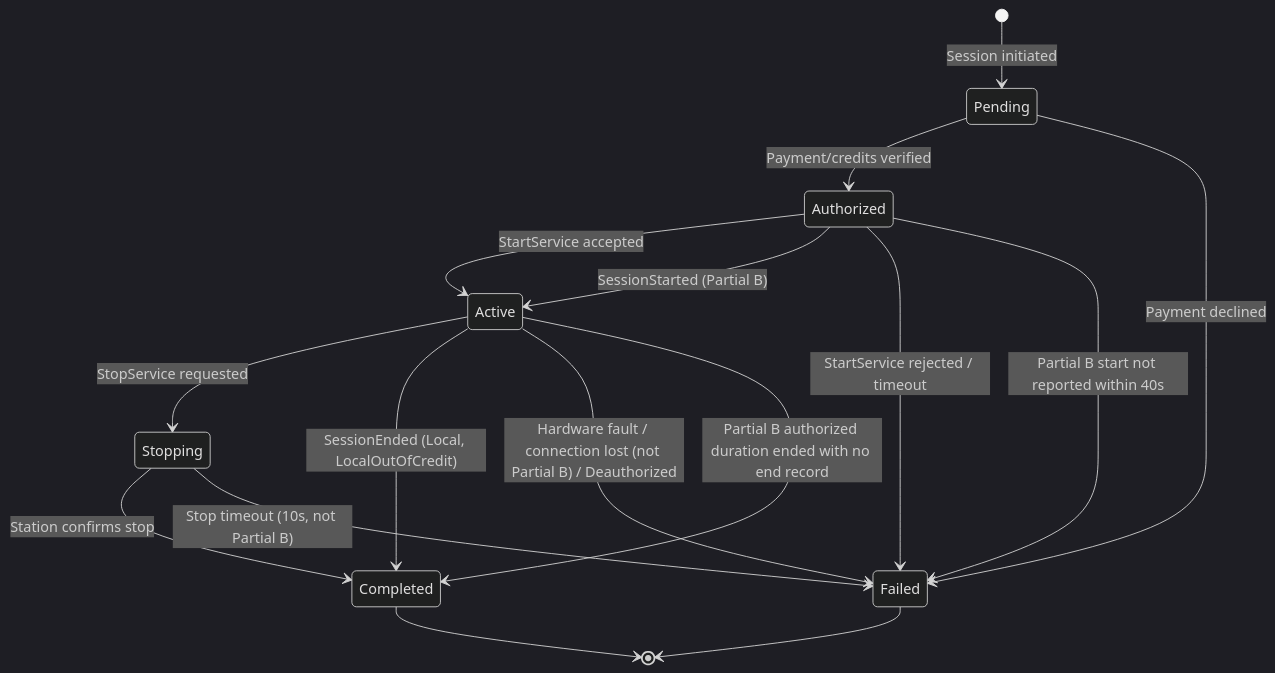
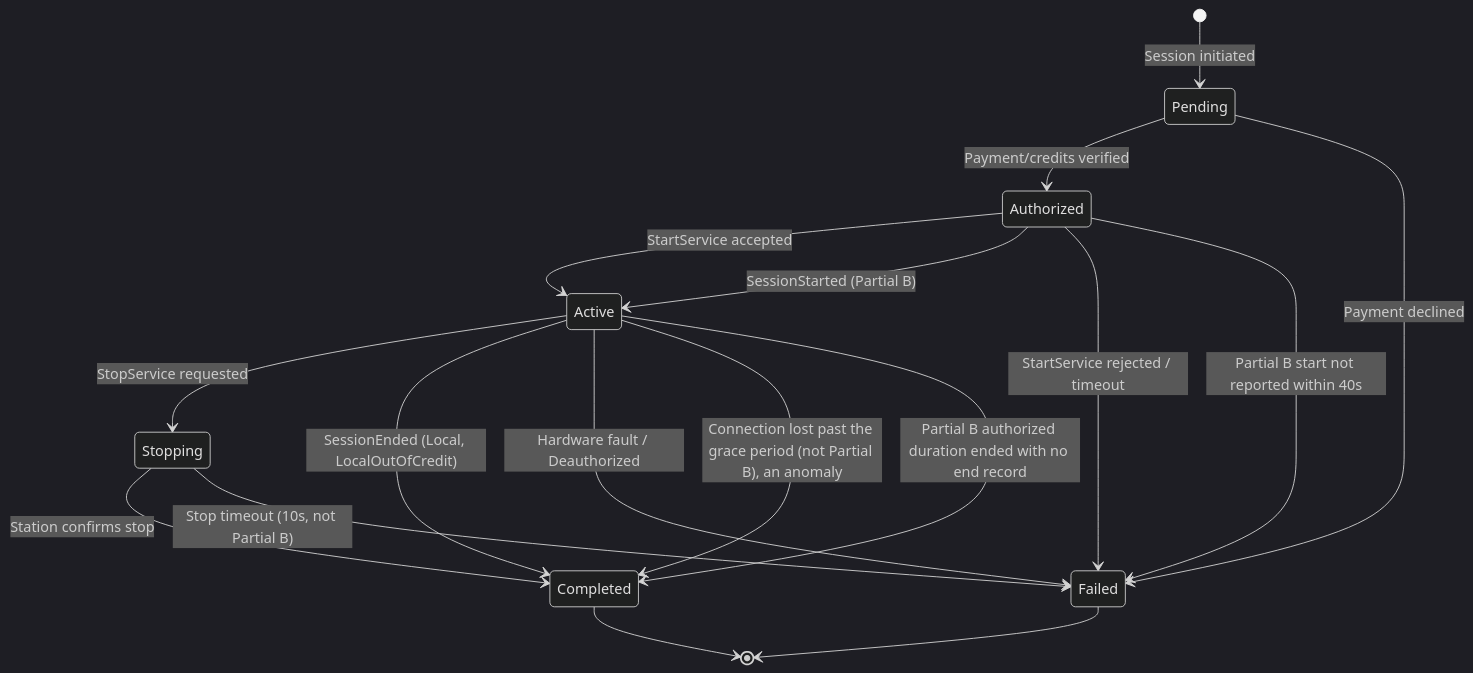
The third of 7 diagrams in diagrams/README.md (ospp-org/spec), drawn with Mermaid (dark theme) before and after one commit. The commit also changed 4 other files, not shown here.

````diff
--- a/diagrams/README.md
+++ b/diagrams/README.md
@@ -105,23 +105,24 @@
 ```mermaid
 stateDiagram-v2
     [*] --> Pending : Session initiated
 
     Pending --> Authorized : Payment/credits verified
     Pending --> Failed : Payment declined
 
     Authorized --> Active : StartService accepted
     Authorized --> Active : SessionStarted (Partial B)
     Authorized --> Failed : StartService rejected / timeout
     Authorized --> Failed : Partial B start not reported within 40s
 
     Active --> Stopping : StopService requested
     Active --> Completed : SessionEnded (Local, LocalOutOfCredit)
-    Active --> Failed : Hardware fault / connection lost (not Partial B) / Deauthorized
+    Active --> Failed : Hardware fault / Deauthorized
+    Active --> Completed : Connection lost past the grace period (not Partial B), an anomaly
     Active --> Completed : Partial B authorized duration ended with no end record
 
     Stopping --> Completed : Station confirms stop
     Stopping --> Failed : Stop timeout (10s, not Partial B)
 
     Completed --> [*]
     Failed --> [*]
 ```
````
